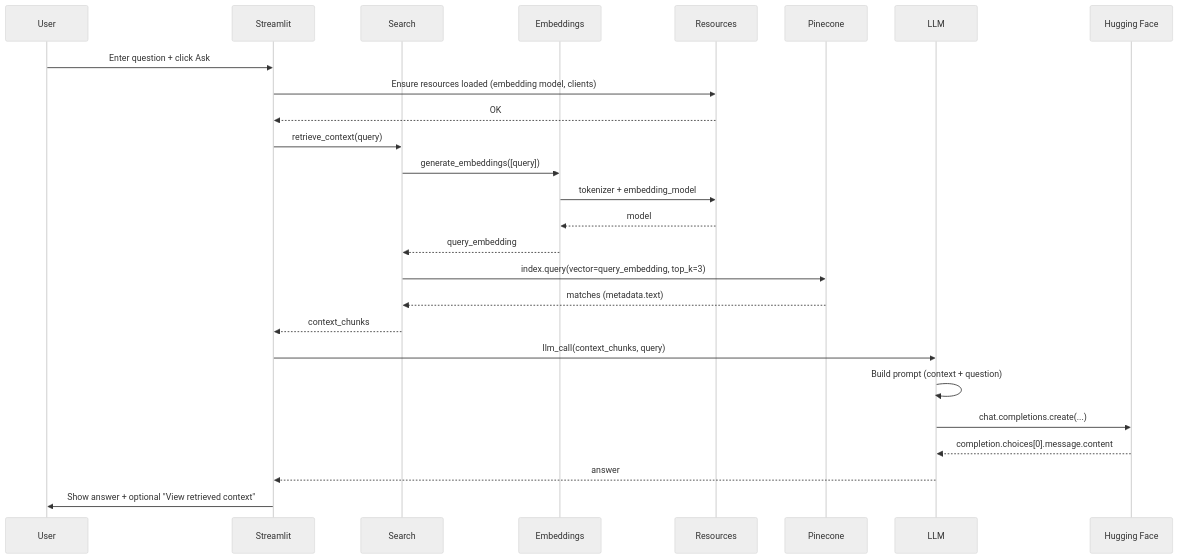
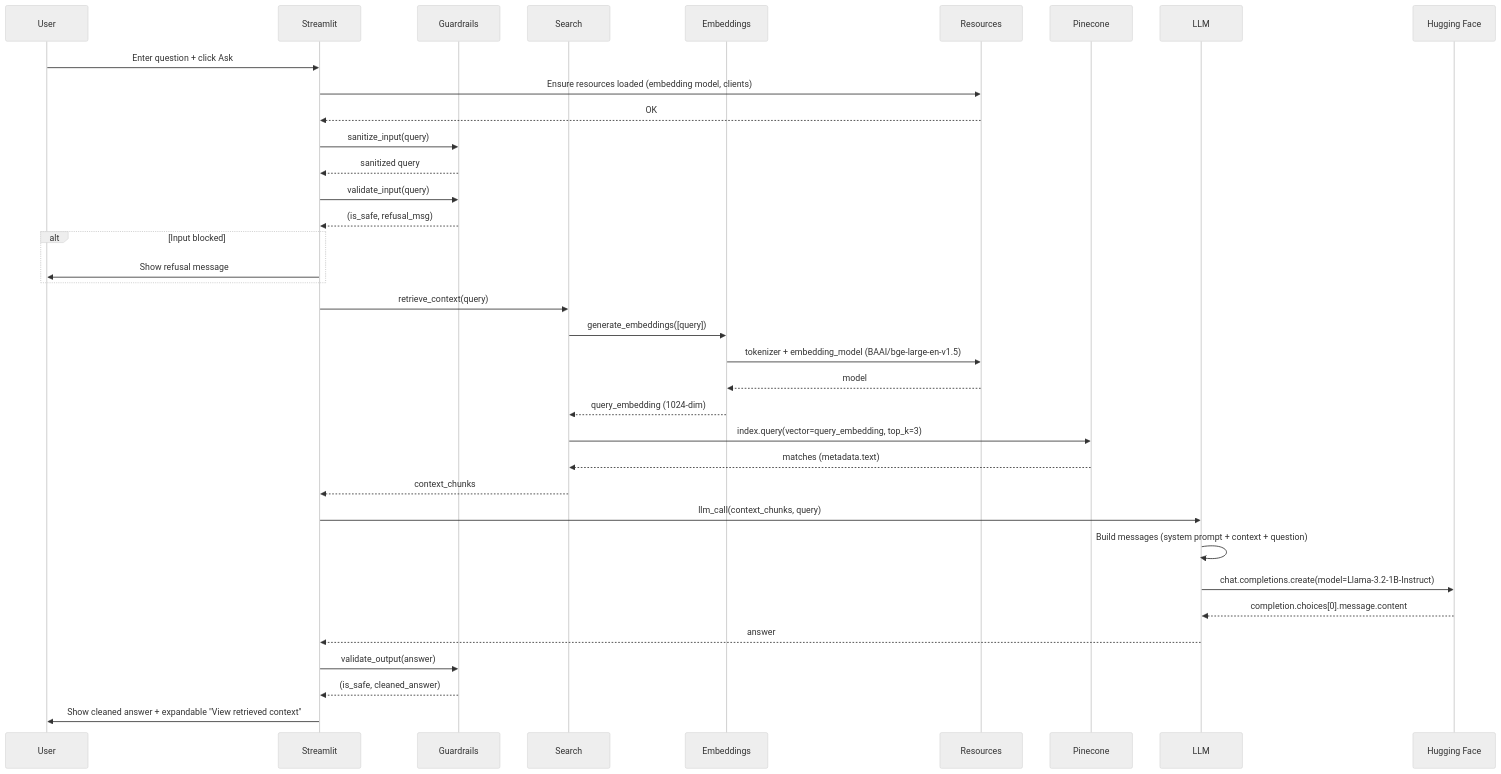
Before and after one commit to AliHaider1415/Bank-Customer-Support: the second of 6 diagrams in ARCHITECTURE.md, drawn with Mermaid (neutral theme). The commit also changed other lines of this file and 1 other file, not shown here.

````diff
--- a/ARCHITECTURE.md
+++ b/ARCHITECTURE.md
@@ -57,33 +72,45 @@
 ```mermaid
 sequenceDiagram
     participant U as User
     participant ST as Streamlit
+    participant GR as Guardrails
     participant SRC as Search
     participant EMB as Embeddings
     participant RES as Resources
     participant PC as Pinecone
     participant LLM as LLM
     participant HF as Hugging Face
 
     U->>ST: Enter question + click Ask
     ST->>RES: Ensure resources loaded (embedding model, clients)
     RES-->>ST: OK
 
+    ST->>GR: sanitize_input(query)
+    GR-->>ST: sanitized query
+    ST->>GR: validate_input(query)
+    GR-->>ST: (is_safe, refusal_msg)
+    alt Input blocked
+        ST->>U: Show refusal message
+    end
+
     ST->>SRC: retrieve_context(query)
     SRC->>EMB: generate_embeddings([query])
-    EMB->>RES: tokenizer + embedding_model
+    EMB->>RES: tokenizer + embedding_model (BAAI/bge-large-en-v1.5)
     RES-->>EMB: model
-    EMB-->>SRC: query_embedding
+    EMB-->>SRC: query_embedding (1024-dim)
 
     SRC->>PC: index.query(vector=query_embedding, top_k=3)
     PC-->>SRC: matches (metadata.text)
     SRC-->>ST: context_chunks
 
     ST->>LLM: llm_call(context_chunks, query)
-    LLM->>LLM: Build prompt (context + question)
-    LLM->>HF: chat.completions.create(...)
+    LLM->>LLM: Build messages (system prompt + context + question)
+    LLM->>HF: chat.completions.create(model=Llama-3.2-1B-Instruct)
     HF-->>LLM: completion.choices[0].message.content
     LLM-->>ST: answer
 
-    ST->>U: Show answer + optional "View retrieved context"
+    ST->>GR: validate_output(answer)
+    GR-->>ST: (is_safe, cleaned_answer)
+
+    ST->>U: Show cleaned answer + expandable "View retrieved context"
 ```
````
